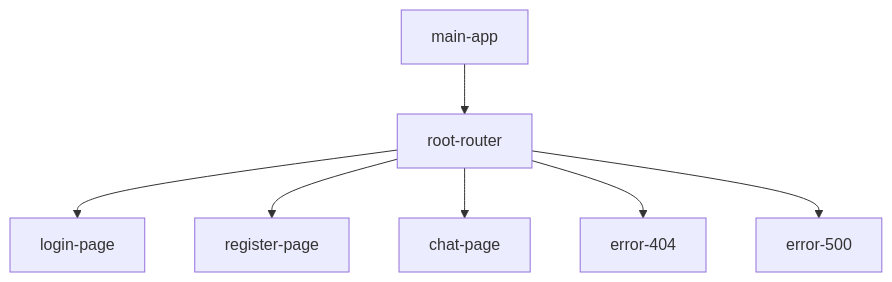
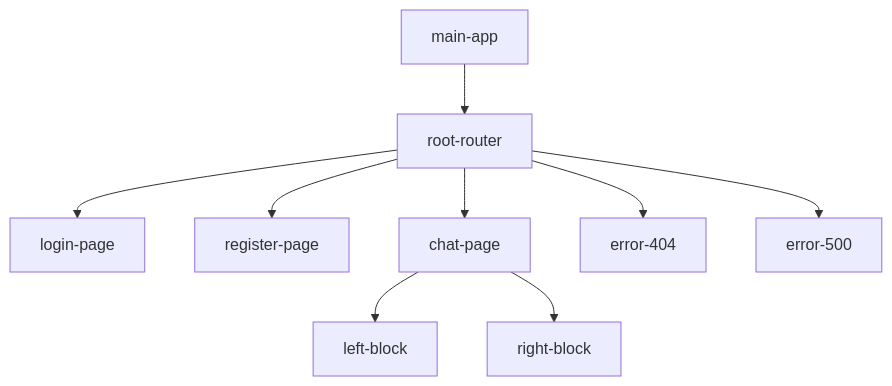
One commit to mrNote23/middle.messenger.praktikum.yandex changed the diagram in README.md. Above: the diagram before and after it, drawn with Mermaid. The commit also changed 45 other files, not shown here.

````diff
--- a/README.md
+++ b/README.md
@@ -102,10 +102,12 @@
 ```mermaid
 flowchart TD
     main-app --> root-router
     root-router --> login-page
     root-router --> register-page
     root-router --> chat-page
     root-router --> error-404
     root-router --> error-500
+    chat-page --> left-block
+    chat-page --> right-block
 
 ```
````
